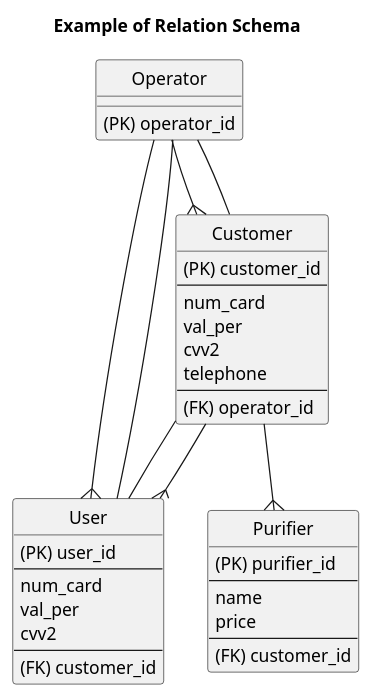
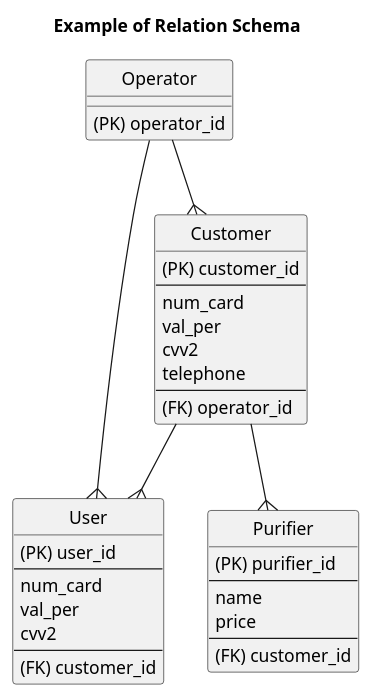
Before and after one commit to oleksandrblazhko/ai-216-perepelitsya: the diagram in 2-SoftwareDesign/2.7-PlantUML/DataModel.puml, drawn with PlantUML.

```diff
--- a/2-SoftwareDesign/2.7-PlantUML/DataModel.puml
+++ b/2-SoftwareDesign/2.7-PlantUML/DataModel.puml
@@ -1,47 +1,44 @@
 @startuml
 title Example of Relation Schema
 
 hide circle
 
 entity "User" as us {
     (PK) user_id
     --
     num_card
     val_per
     cvv2
     --
     (FK) customer_id
 }
 
 entity "Operator" as op {
     (PK) operator_id
 }
 
 entity "Customer" as cus {
     (PK) customer_id
     --
     num_card
     val_per
     cvv2
     telephone
     --
     (FK) operator_id
 }
 
 entity "Purifier" as putis {
     (PK) purifier_id
     --
     name
     price
     --
     (FK) customer_id
 }
 
 op --{ us
-op -- us
-cus -- us
 cus --{ us
 op --{ cus
-cus -- op
 cus --{ putis
 @enduml
```
